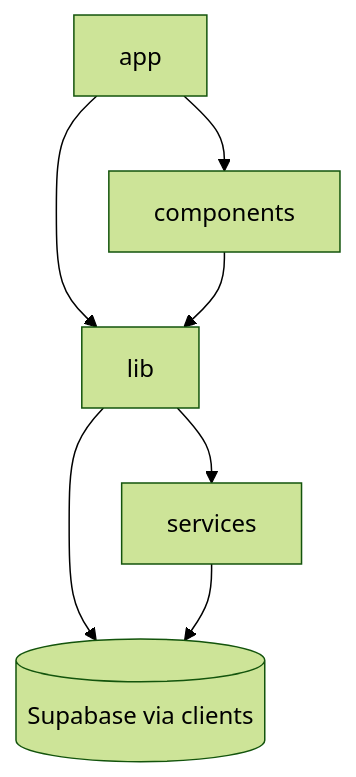
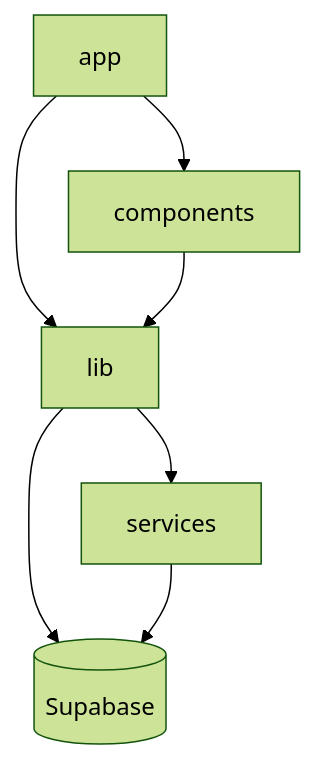
The diagram in docs/estrutura-de-pastas.md (victorpessoa-dev/telao-online), drawn with Mermaid (forest theme) before and after one commit. The commit also changed other lines of this file and 13 other files, not shown here.

````diff
--- a/docs/estrutura-de-pastas.md
+++ b/docs/estrutura-de-pastas.md
@@ -38,9 +28,9 @@
 ```mermaid
 flowchart TD
   app --> components
   app --> lib
   components --> lib
   lib --> services
-  lib --> supabase[(Supabase via clients)]
+  lib --> supabase[(Supabase)]
   services --> supabase
 ```
````
